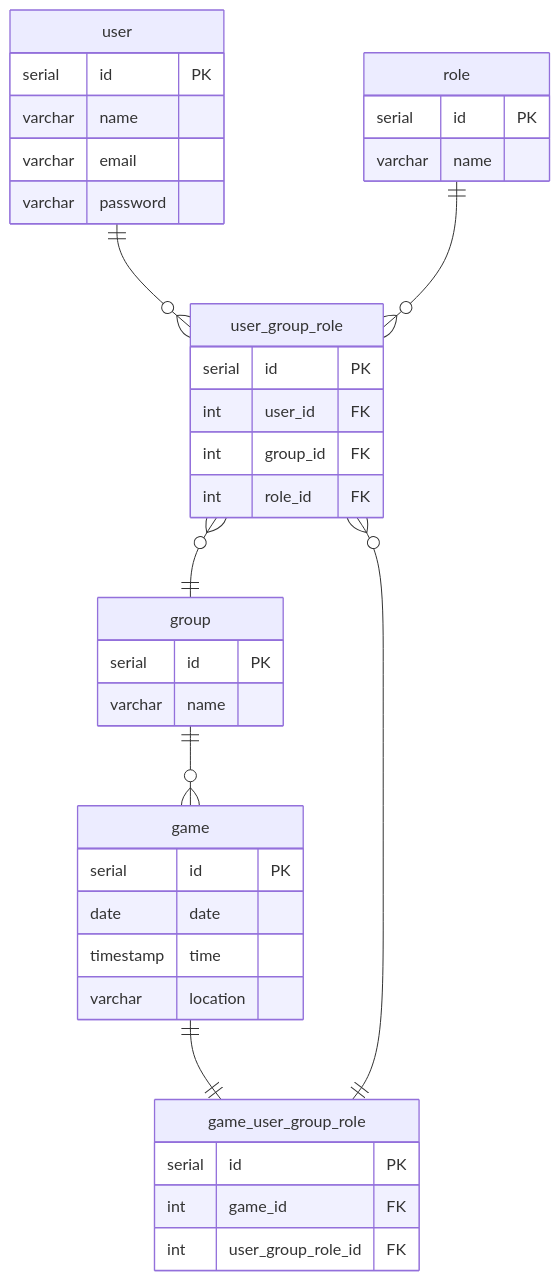
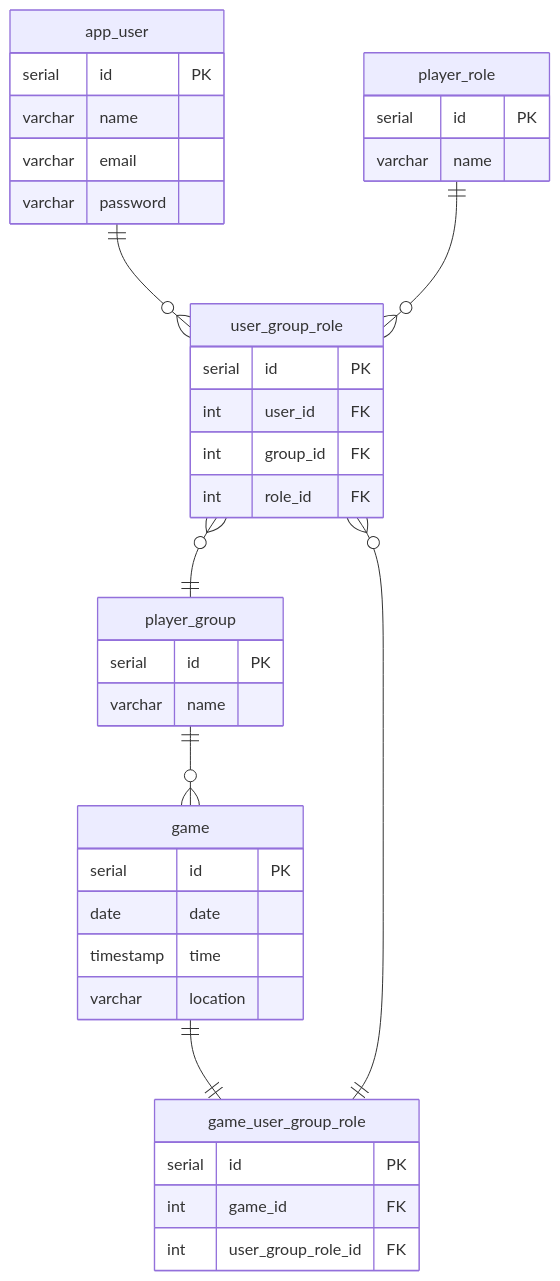
The second of 2 diagrams in README.md (MichaelM9/5-A-Side-Organiser), drawn with Mermaid before and after one commit. The commit also changed other lines of this file and 1 other file, not shown here.

Commit message:
Setup database tables

````diff
--- a/README.md
+++ b/README.md
@@ -49,41 +49,41 @@
 ```mermaid
 erDiagram
-user ||--o{ user_group_role : ""
-role ||--o{ user_group_role: ""
-user_group_role }o--|| group : ""
-group ||--o{ game : ""
+app_user ||--o{ user_group_role : ""
+player_role ||--o{ user_group_role: ""
+user_group_role }o--|| player_group : ""
+player_group ||--o{ game : ""
 game ||--|| game_user_group_role : ""
 user_group_role }o--|| game_user_group_role : ""
 
-user {
+app_user {
     serial id PK
     varchar name
     varchar email
     varchar password
 }
-role {
+player_role {
     serial id PK
     varchar name
 }
 user_group_role {
     serial id PK
     int user_id FK
     int group_id FK
     int role_id FK
 }
-group {
+player_group {
     serial id PK
     varchar name
 }
 game {
     serial id PK
     date date
     timestamp time
     varchar location
 }
 game_user_group_role {
     serial id PK
     int game_id FK
     int user_group_role_id FK
 }
 ```
````
